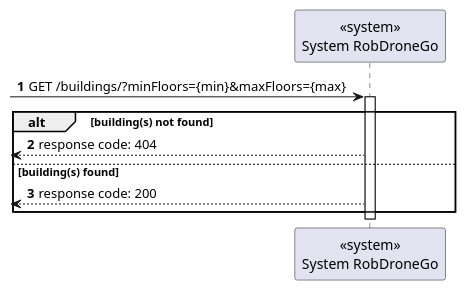
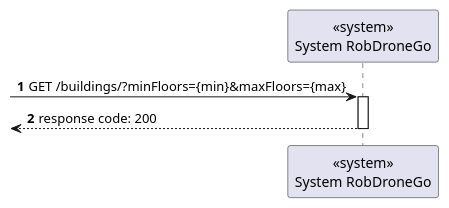
Before and after one commit to Departamento-de-Engenharia-Informatica/lapr5-23-24-g19: the diagram in docs/us180/level1/process-view.puml, drawn with PlantUML. The commit also changed 6 other files, not shown here.

Commit message:
docs(us180): updated backend diagrams

```diff
--- a/docs/us180/level1/process-view.puml
+++ b/docs/us180/level1/process-view.puml
@@ -1,17 +1,13 @@
 @startuml
 autonumber
 
 participant "<<system>>\nSystem RobDroneGo" as sys
 
  [-> sys: GET /buildings/?minFloors={min}&maxFloors={max}
 
 activate sys
-    alt building(s) not found
-        [<--sys : response code: 404
-    else building(s) found
         [<--sys : response code: 200
-    end
 deactivate sys
 
 
 @enduml
```
